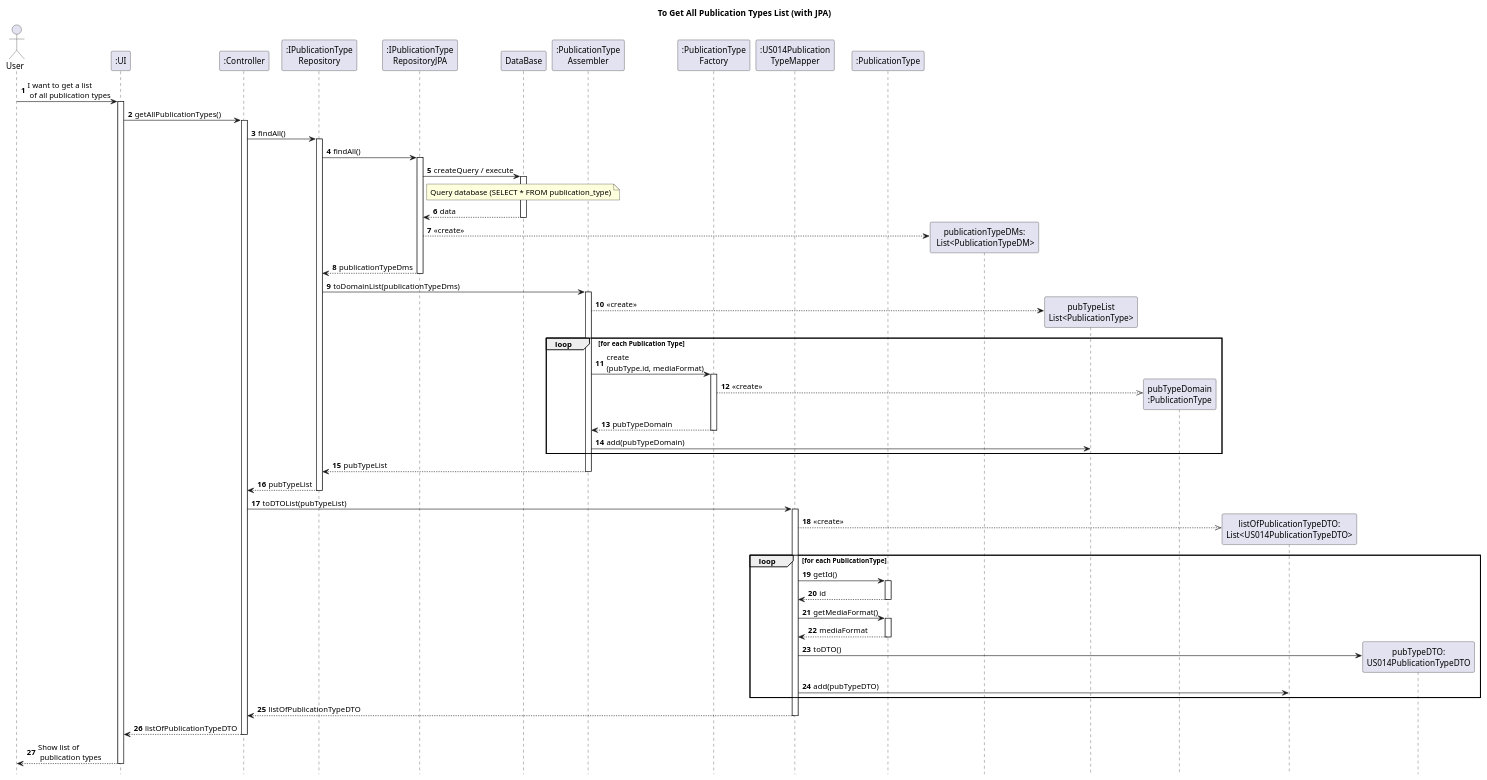
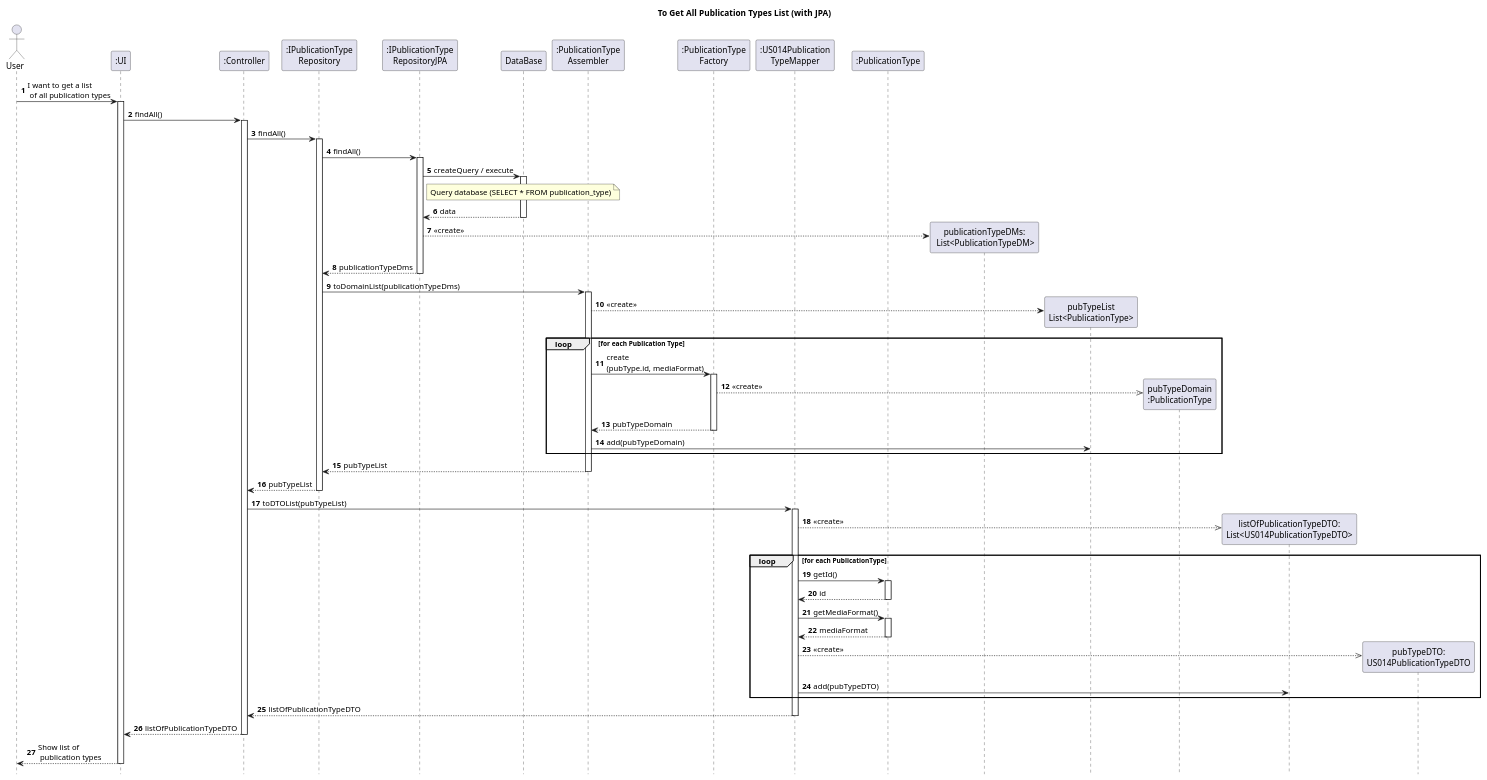
Before and after one commit to AndrePereiraGitH/SWitCH-Project-Team_A: the diagram in Diagrams/SequenceDiagrams/N2/To-get-publication-type-list.puml, drawn with PlantUML. The commit also changed 1 other file, not shown here.

```diff
--- a/Diagrams/SequenceDiagrams/N2/To-get-publication-type-list.puml
+++ b/Diagrams/SequenceDiagrams/N2/To-get-publication-type-list.puml
@@ -1,103 +1,103 @@
 @startuml
 autonumber
 hide footbox
 title To Get All Publication Types List (with JPA)
 
 actor User
 
 participant ":UI" as UI
 participant ":Controller" as C
 participant ":IPublicationType\nRepository" as PTR
 participant ":IPublicationType\nRepositoryJPA" as PTRJPA
 participant "DataBase" as EM
 participant ":PublicationType\nAssembler" as Assembler
 participant ":PublicationType\nFactory" as Factory
 participant ":US014Publication\nTypeMapper" as MAPPER
 participant ":PublicationType" as ENTITY
 
 User -> UI : I want to get a list\n of all publication types
 activate UI
 
-UI -> C : getAllPublicationTypes()
+UI -> C : findAll()
 activate C
 
 C -> PTR : findAll()
 activate PTR
 
 PTR -> PTRJPA : findAll()
 activate PTRJPA
 
 PTRJPA -> EM : createQuery / execute
 activate EM
 
 note over EM
 Query database (SELECT * FROM publication_type)
 end note
 
 EM --> PTRJPA : data
 deactivate EM
 
 PTRJPA --> "publicationTypeDMs:\n List<PublicationTypeDM>" ** : <<create>>
 
 PTRJPA --> PTR : publicationTypeDms
 deactivate PTRJPA
 
 PTR -> Assembler : toDomainList(publicationTypeDms)
 activate Assembler
 
 Assembler --> "pubTypeList\nList<PublicationType>" ** : <<create>>
 
 
 loop for each Publication Type
 Assembler -> Factory : create\n(pubType.id, mediaFormat)
 activate Factory
 
 create "pubTypeDomain\n:PublicationType" as pubTypeDomain
 Factory -->> pubTypeDomain : <<create>>
 
 Factory --> Assembler : pubTypeDomain
 deactivate Factory
 
 Assembler -> "pubTypeList\nList<PublicationType>" : add(pubTypeDomain)
 end
 
 Assembler --> PTR : pubTypeList
 deactivate Assembler
 
 
 PTR --> C : pubTypeList
 deactivate PTR
 
 C -> MAPPER : toDTOList(pubTypeList)
 activate MAPPER
 
 create "listOfPublicationTypeDTO:\nList<US014PublicationTypeDTO>" as listDTO
 MAPPER -->> listDTO : <<create>>
 
 loop for each PublicationType
     MAPPER -> ENTITY : getId()
     activate ENTITY
     ENTITY --> MAPPER : id
     deactivate ENTITY
 
     MAPPER -> ENTITY : getMediaFormat()
     activate ENTITY
     ENTITY --> MAPPER : mediaFormat
     deactivate ENTITY
 
     create "pubTypeDTO:\nUS014PublicationTypeDTO" as pubTypeDTO
-    MAPPER -> pubTypeDTO : toDTO()
+    MAPPER -->> pubTypeDTO : <<create>>
 
     MAPPER -> listDTO : add(pubTypeDTO)
 end
 
 MAPPER --> C : listOfPublicationTypeDTO
 deactivate MAPPER
 
 C --> UI : listOfPublicationTypeDTO
 deactivate C
 
 UI --> User : Show list of\n publication types
 deactivate UI
 
 @enduml
```
